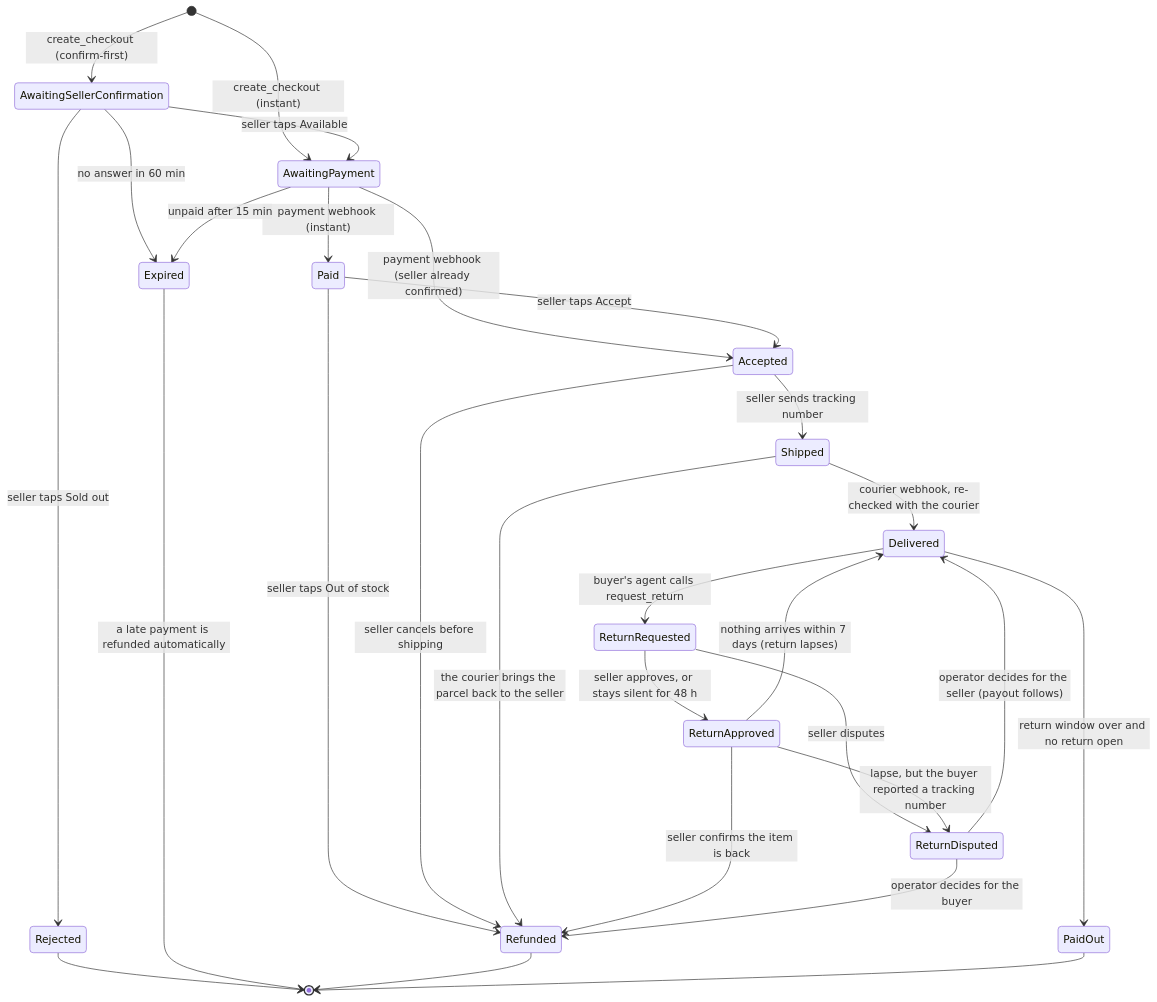
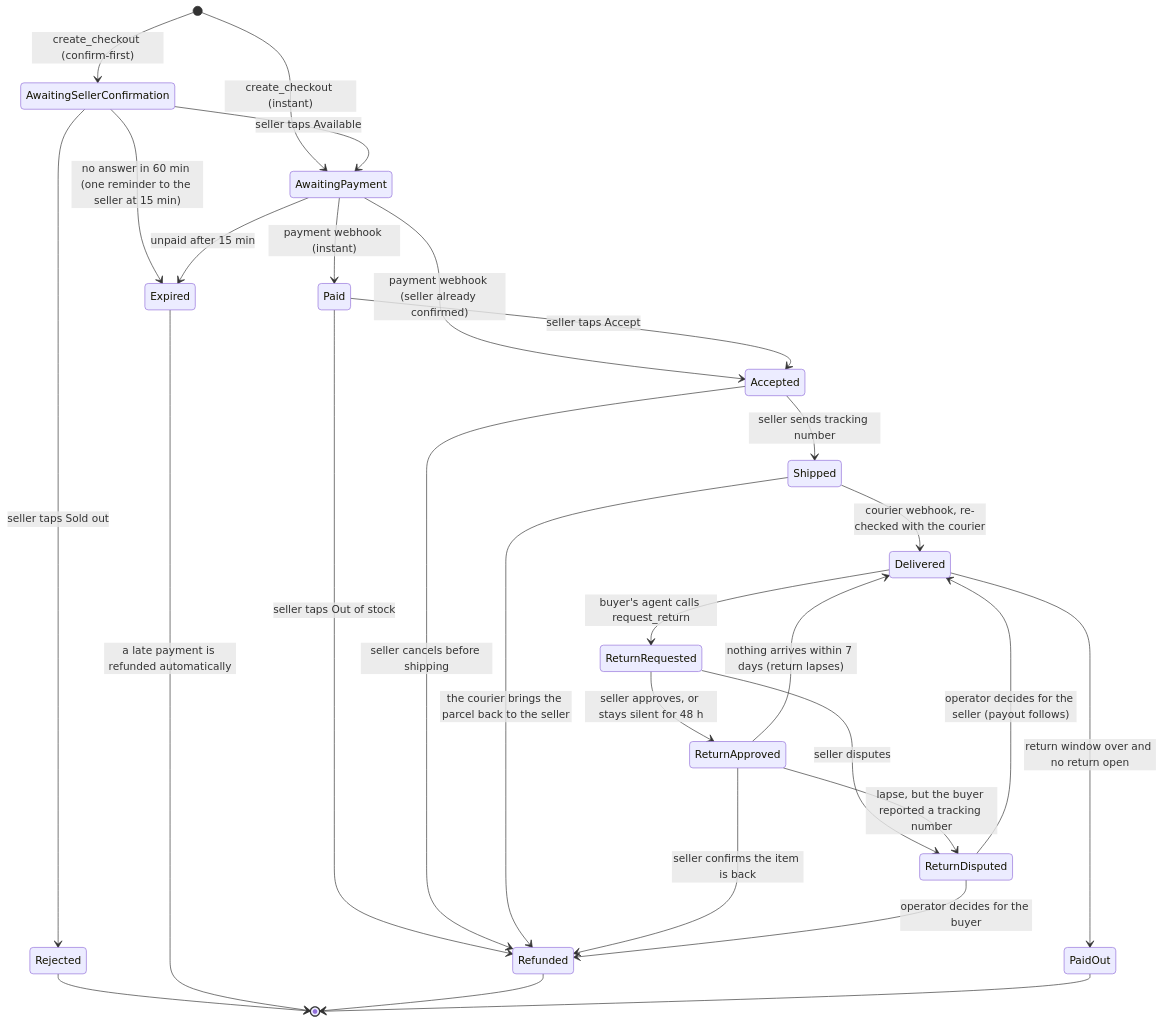
One commit to galihsatriawan/etalase changed the diagram in docs/05-checkout-payment-payout.md. Above: the diagram before and after it, drawn with Mermaid. The commit also changed 25 other files, not shown here.

````diff
--- a/docs/05-checkout-payment-payout.md
+++ b/docs/05-checkout-payment-payout.md
@@ -7,30 +7,30 @@
 ```mermaid
 stateDiagram-v2
   [*] --> AwaitingSellerConfirmation: create_checkout (confirm-first)
   [*] --> AwaitingPayment: create_checkout (instant)
   AwaitingSellerConfirmation --> AwaitingPayment: seller taps Available
   AwaitingSellerConfirmation --> Rejected: seller taps Sold out
-  AwaitingSellerConfirmation --> Expired: no answer in 60 min
+  AwaitingSellerConfirmation --> Expired: no answer in 60 min (one reminder to the seller at 15 min)
   AwaitingPayment --> Paid: payment webhook (instant)
   AwaitingPayment --> Accepted: payment webhook (seller already confirmed)
   AwaitingPayment --> Expired: unpaid after 15 min
   Paid --> Accepted: seller taps Accept
   Paid --> Refunded: seller taps Out of stock
   Accepted --> Refunded: seller cancels before shipping
   Accepted --> Shipped: seller sends tracking number
   Shipped --> Delivered: courier webhook, re-checked with the courier
   Shipped --> Refunded: the courier brings the parcel back to the seller
   Delivered --> PaidOut: return window over and no return open
   Delivered --> ReturnRequested: buyer's agent calls request_return
   ReturnRequested --> ReturnApproved: seller approves, or stays silent for 48 h
   ReturnRequested --> ReturnDisputed: seller disputes
   ReturnApproved --> Refunded: seller confirms the item is back
   ReturnApproved --> Delivered: nothing arrives within 7 days (return lapses)
   ReturnApproved --> ReturnDisputed: lapse, but the buyer reported a tracking number
   ReturnDisputed --> Refunded: operator decides for the buyer
   ReturnDisputed --> Delivered: operator decides for the seller (payout follows)
   Rejected --> [*]
   Expired --> [*]: a late payment is refunded automatically
   Refunded --> [*]
   PaidOut --> [*]
 ```
````
